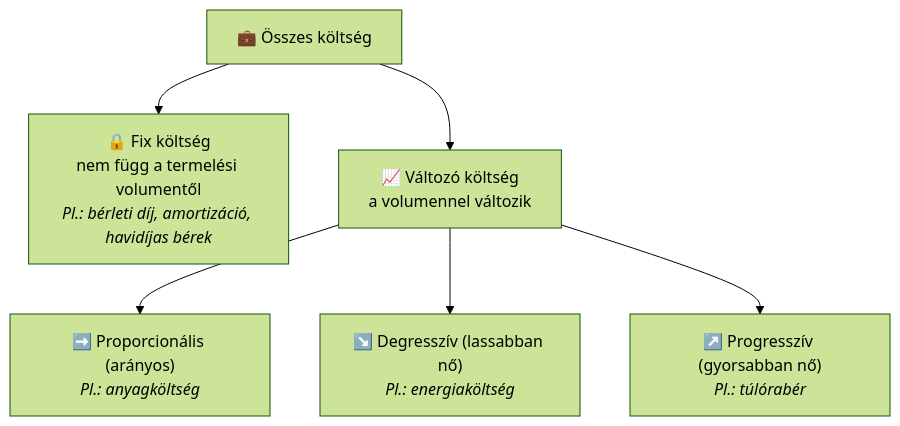
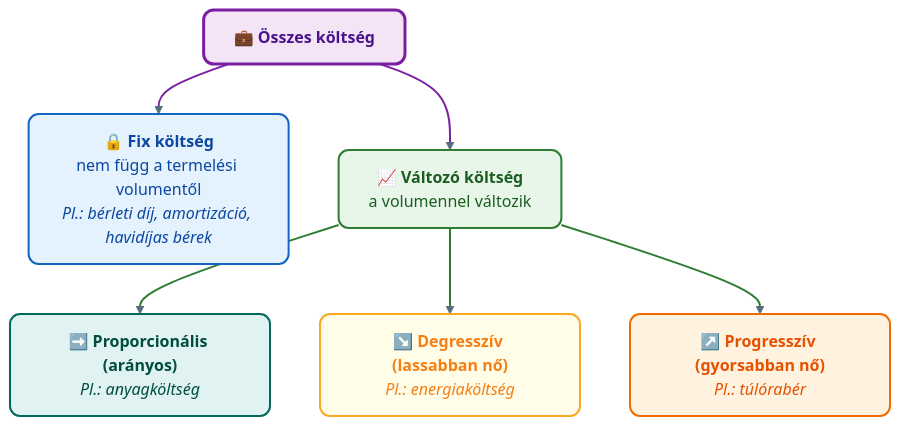
Before and after one commit to denespocsik/MM_BSC_Zarovizsga: the first of 2 diagrams in Tételek/K16-GIXVS2MBLF-Költségszámítás a controllingban.tétel.md, drawn with Mermaid (forest theme). The commit also changed other lines of this file and 34 other files, not shown here.

First line of the commit message:
style(tételek): egységes vizuális arculat a Mermaid-diagramokhoz

````diff
--- a/Tételek/K16-GIXVS2MBLF-Költségszámítás a controllingban.tétel.md
+++ b/Tételek/K16-GIXVS2MBLF-Költségszámítás a controllingban.tétel.md
@@ -22,15 +22,26 @@
 ```mermaid
 flowchart TD
-    K["💼 Összes költség"]
-    F["🔒 Fix költség<br/>nem függ a termelési volumentől<br/><i>Pl.: bérleti díj, amortizáció, havidíjas bérek</i>"]
-    V["📈 Változó költség<br/>a volumennel változik"]
-    P["➡️ Proporcionális (arányos)<br/><i>Pl.: anyagköltség</i>"]
-    D["↘️ Degresszív (lassabban nő)<br/><i>Pl.: energiaköltség</i>"]
-    G["↗️ Progresszív (gyorsabban nő)<br/><i>Pl.: túlórabér</i>"]
+    K["💼 <b>Összes költség</b>"]:::lilaH
+    F["🔒 <b>Fix költség</b><br/>nem függ a termelési volumentől<br/><i>Pl.: bérleti díj, amortizáció, havidíjas bérek</i>"]:::kek
+    V["📈 <b>Változó költség</b><br/>a volumennel változik"]:::zold
+    P["➡️ <b>Proporcionális (arányos)</b><br/><i>Pl.: anyagköltség</i>"]:::turkiz
+    D["↘️ <b>Degresszív (lassabban nő)</b><br/><i>Pl.: energiaköltség</i>"]:::sarga
+    G["↗️ <b>Progresszív (gyorsabban nő)</b><br/><i>Pl.: túlórabér</i>"]:::narancs
 
     K --> F
     K --> V
     V --> P
     V --> D
     V --> G
+
+    classDef kek     fill:#e3f2fd,stroke:#1565c0,stroke-width:2px,color:#0d47a1,rx:10,ry:10;
+    classDef zold    fill:#e8f5e9,stroke:#2e7d32,stroke-width:2px,color:#1b5e20,rx:10,ry:10;
+    classDef narancs fill:#fff3e0,stroke:#ef6c00,stroke-width:2px,color:#e65100,rx:10,ry:10;
+    classDef lilaH   fill:#f3e5f5,stroke:#7b1fa2,stroke-width:3px,color:#4a148c,rx:10,ry:10;
+    classDef turkiz  fill:#e0f2f1,stroke:#00695c,stroke-width:2px,color:#004d40,rx:10,ry:10;
+    classDef sarga   fill:#fffde7,stroke:#f9a825,stroke-width:2px,color:#f57f17,rx:10,ry:10;
+
+    linkStyle default stroke:#546e7a,stroke-width:2px;
+    linkStyle 0,1 stroke:#7b1fa2,stroke-width:2px;
+    linkStyle 2,3,4 stroke:#2e7d32,stroke-width:2px;
 ```
````
